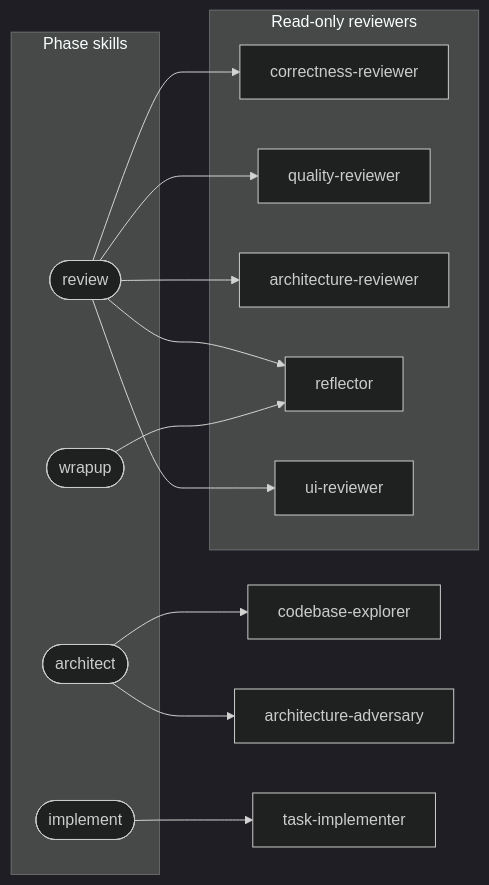
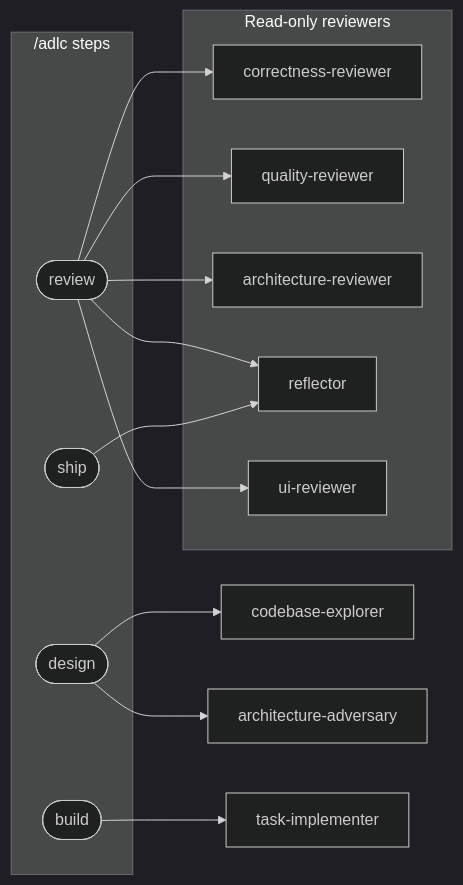
Before and after one commit to sayad-ika/adlc-toolkit: the third of 4 diagrams in README.md, drawn with Mermaid (dark theme). The commit also changed other lines of this file and 199 other files, not shown here.

````diff
--- a/README.md
+++ b/README.md
@@ -152,25 +163,25 @@
 ```mermaid
 flowchart LR
-    subgraph phases["Phase skills"]
-        architect2([architect])
-        implement2([implement])
+    subgraph steps["/adlc steps"]
+        architect2([design])
+        implement2([build])
         review2([review])
-        wrapup2([wrapup])
+        wrapup2([ship])
     end
     subgraph reviewers["Read-only reviewers"]
         cr[correctness-reviewer]
         qr[quality-reviewer]
         ar[architecture-reviewer]
         rf[reflector]
         ui[ui-reviewer]
     end
     architect2 --> ce[codebase-explorer]
     architect2 --> aa[architecture-adversary]
     implement2 --> ti[task-implementer]
     review2 --> cr
     review2 --> qr
     review2 --> ar
     review2 --> rf
     review2 --> ui
     wrapup2 --> rf
 ```
````
